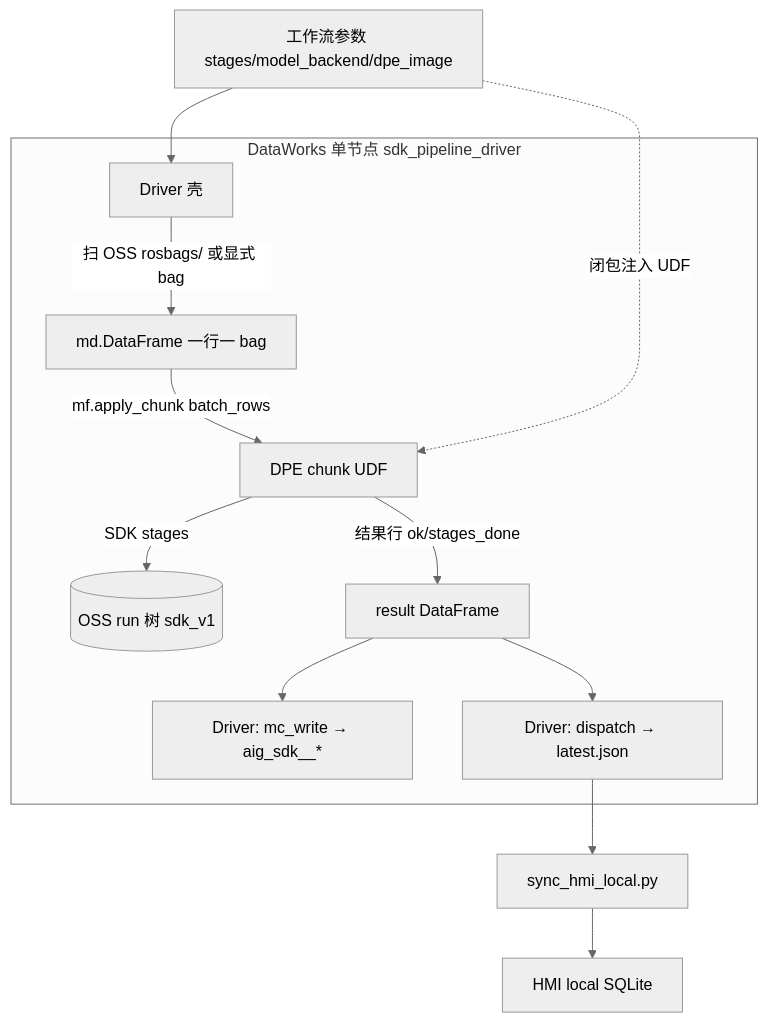
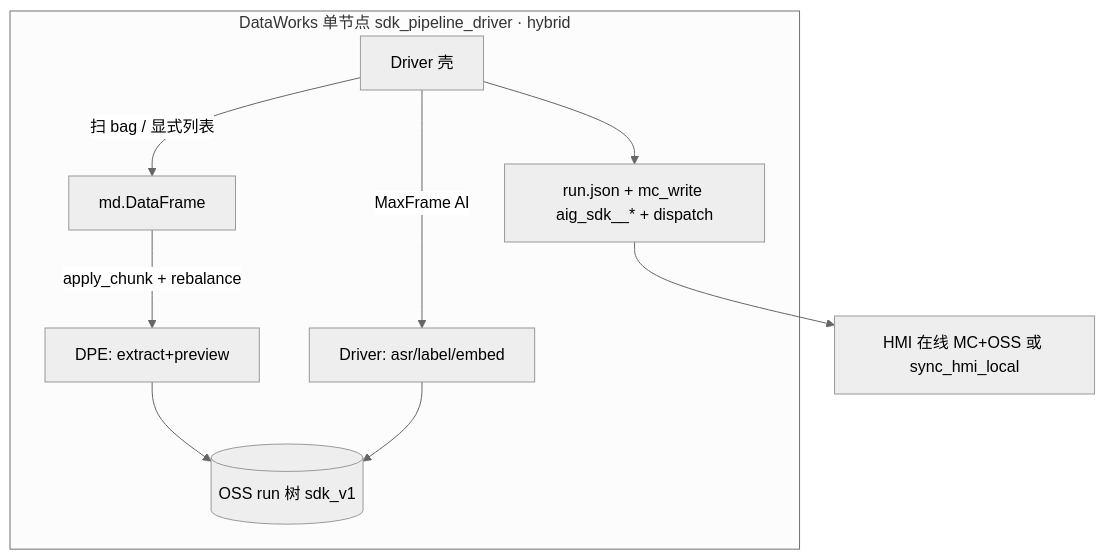
The diagram in docs/sdk-v1-cloud-e2e-runbook.md (mjnn/Multimodal-Data-Generation-Management-Platform), drawn with Mermaid (neutral theme) before and after one commit. The commit also changed other lines of this file and 213 other files, not shown here.

First line of the commit message:
feat(hmi): ship bbox QA, test-mode, and pipeline manage updates for ECS

````diff
--- a/docs/sdk-v1-cloud-e2e-runbook.md
+++ b/docs/sdk-v1-cloud-e2e-runbook.md
@@ -13,16 +19,13 @@
 ```mermaid
 flowchart TB
-  subgraph DW["DataWorks 单节点 sdk_pipeline_driver"]
+  subgraph DW["DataWorks 单节点 sdk_pipeline_driver · hybrid"]
     D[Driver 壳]
-    D -->|扫 OSS rosbags/ 或显式 bag| DF[md.DataFrame 一行一 bag]
-    DF -->|mf.apply_chunk batch_rows| UDF[DPE chunk UDF]
-    UDF -->|SDK stages| OSS[(OSS run 树 sdk_v1)]
-    UDF -->|结果行 ok/stages_done| OUT[result DataFrame]
-    OUT --> MCW[Driver: mc_write → aig_sdk__*]
-    OUT --> DIS[Driver: dispatch → latest.json]
+    D -->|扫 bag / 显式列表| DF[md.DataFrame]
+    DF -->|apply_chunk + rebalance| UDF[DPE: extract+preview]
+    UDF --> OSS[(OSS run 树 sdk_v1)]
+    D -->|MaxFrame AI| AI[Driver: asr/label/embed]
+    AI --> OSS
+    D --> META[run.json + mc_write aig_sdk__* + dispatch]
   end
-  ARGS[工作流参数 stages/model_backend/dpe_image] --> D
-  ARGS -.->|闭包注入 UDF| UDF
-  DIS --> SYNC[sync_hmi_local.py]
-  SYNC --> HMI[HMI local SQLite]
+  META --> HMI[HMI 在线 MC+OSS 或 sync_hmi_local]
 ```
````
